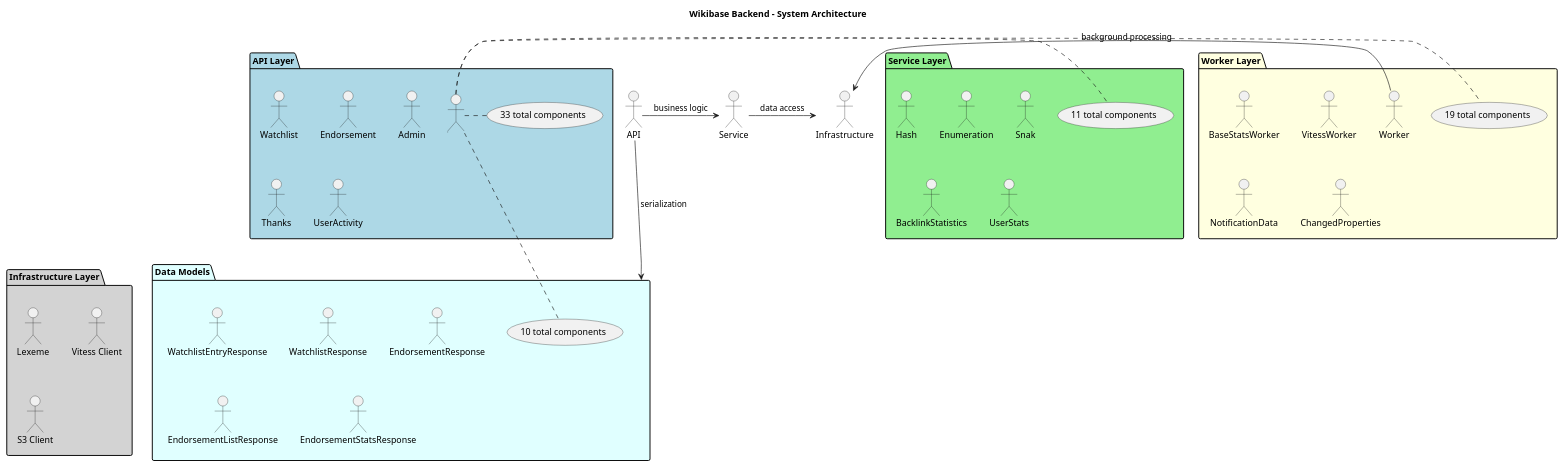
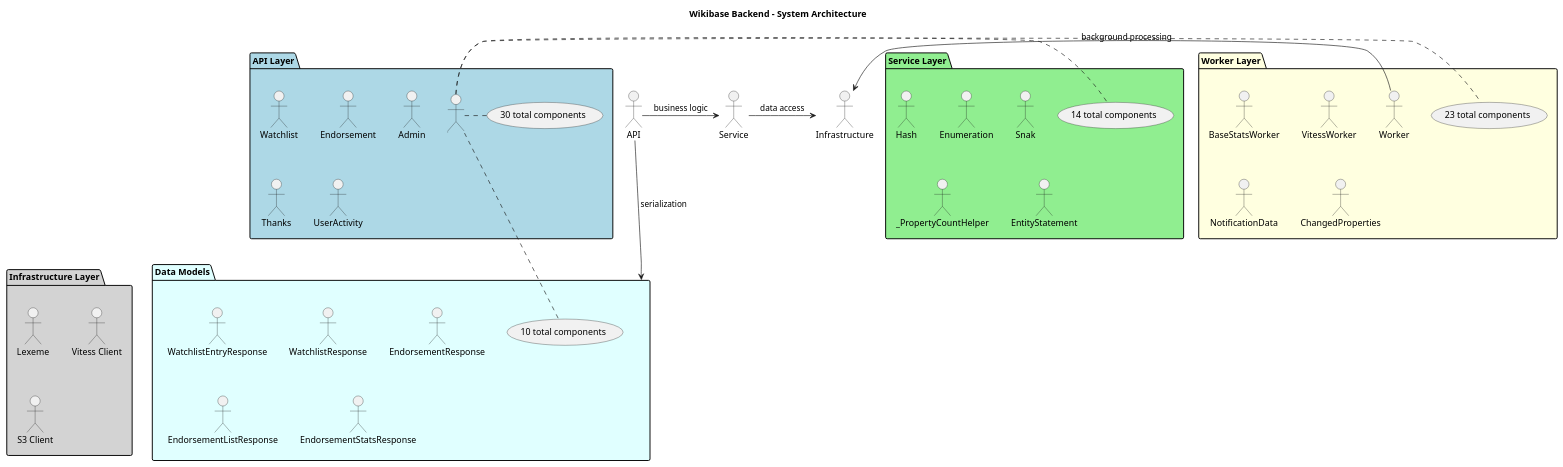
One commit to dpriskorn/entitybase-backend changed the diagram in doc/DIAGRAMS/system_architecture.puml. Above: the diagram before and after it, drawn with PlantUML. The commit also changed 15 other files, not shown here.

```diff
--- a/doc/DIAGRAMS/system_architecture.puml
+++ b/doc/DIAGRAMS/system_architecture.puml
@@ -1,54 +1,54 @@
 @startuml System Architecture
 
 title Wikibase Backend - System Architecture
 
 package "API Layer" as APILayer #LightBlue {
     "Watchlist" as WatchlistHandler
     "Endorsement" as EndorsementHandler
     "Admin" as AdminHandler
     "Thanks" as ThanksHandler
     "UserActivity" as UserActivityHandler
-    ... (33 total components)
+    ... (30 total components)
 }
 
 package "Service Layer" as ServiceLayer #LightGreen {
     "Hash" as HashService
     "Enumeration" as EnumerationService
     "Snak" as SnakHandler
-    "BacklinkStatistics" as BacklinkStatisticsService
-    "UserStats" as UserStatsService
-    ... (11 total components)
+    "_PropertyCountHelper" as _PropertyCountHelper
+    "EntityStatement" as EntityStatementService
+    ... (14 total components)
 }
 
 package "Worker Layer" as WorkerLayer #LightYellow {
     "BaseStatsWorker" as BaseStatsWorker
     "VitessWorker" as VitessWorker
     "Worker" as Worker
     "NotificationData" as NotificationData
     "ChangedProperties" as ChangedProperties
-    ... (19 total components)
+    ... (23 total components)
 }
 
 package "Infrastructure Layer" as InfrastructureLayer #LightGray {
     "Lexeme" as LexemeRepository
     "Vitess Client" as Vitess_Client
     "S3 Client" as S3_Client
 }
 
 package "Data Models" as DataModels #LightCyan {
     "WatchlistEntryResponse" as WatchlistEntryResponse
     "WatchlistResponse" as WatchlistResponse
     "EndorsementResponse" as EndorsementResponse
     "EndorsementListResponse" as EndorsementListResponse
     "EndorsementStatsResponse" as EndorsementStatsResponse
     ... (10 total components)
 }
 
 
 ' Relationships
 API -> Service : business logic
 Service -> Infrastructure : data access
 Worker -> Infrastructure : background processing
 API -> DataModels : serialization
 
 @enduml
```
